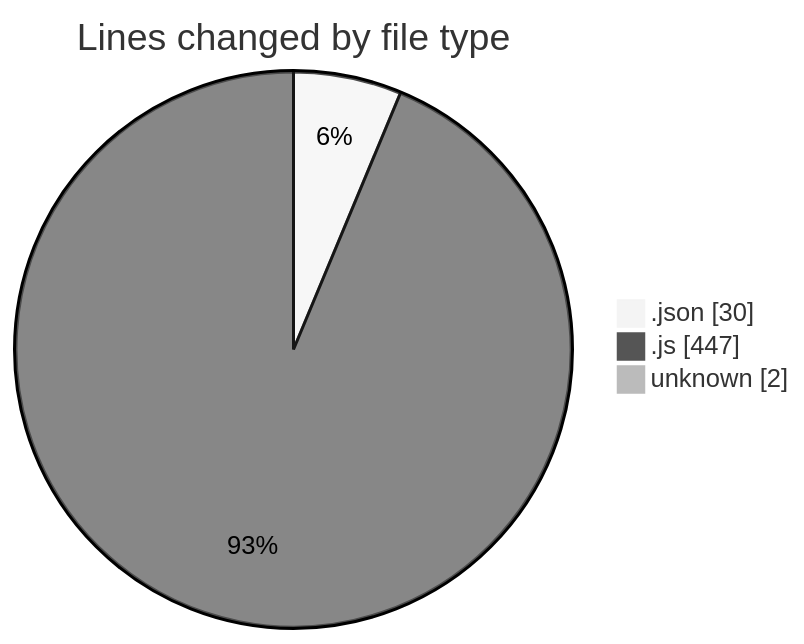
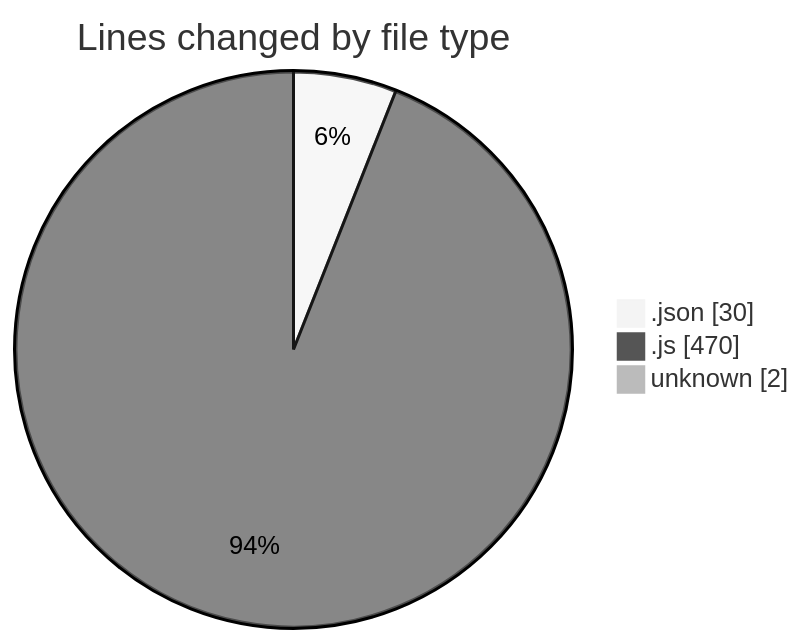
Before and after one commit to Ritupan-Deka/code-tracking: the first of 2 diagrams in 2025-07-16/mern-workoutboard/README.md, drawn with Mermaid (neutral theme). The commit also changed other lines of this file and 1 other file, not shown here.

````diff
--- a/2025-07-16/mern-workoutboard/README.md
+++ b/2025-07-16/mern-workoutboard/README.md
@@ -24,7 +25,7 @@
 ```mermaid
 pie showData
 title Lines changed by file type
 ".json" : 30
-".js" : 447
+".js" : 470
 "unknown" : 2
 ```
````
